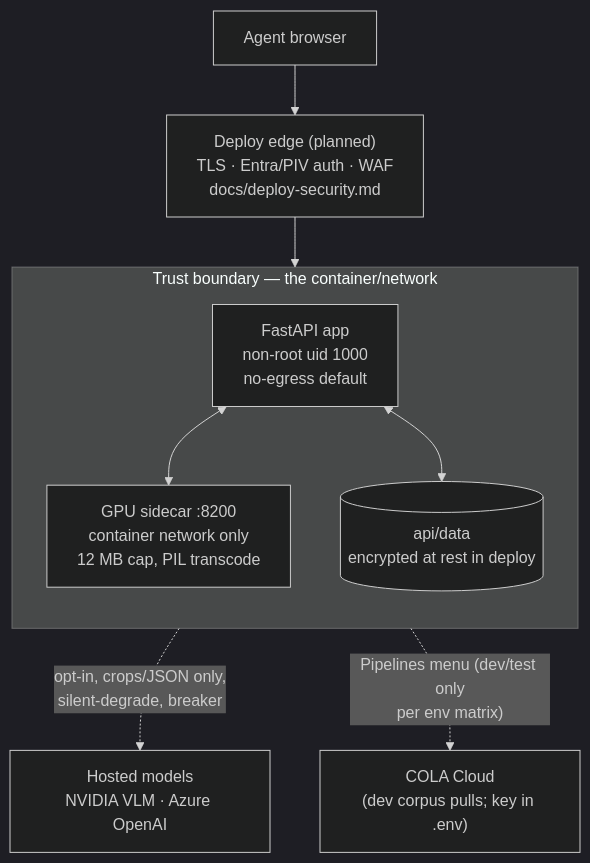
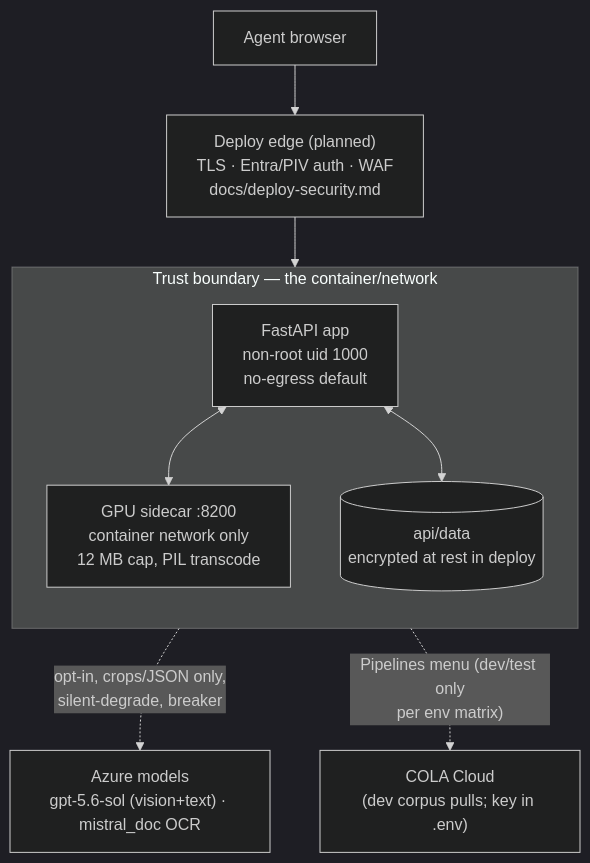
The third of 3 diagrams in docs/architecture.md (niccolox/ttb-take-hown), drawn with Mermaid (dark theme) before and after one commit. The commit also changed other lines of this file, not shown here.

First line of the commit message:
Architecture doc: Sol vision layer, mm second read, text-reasoning tier

````diff
--- a/docs/architecture.md
+++ b/docs/architecture.md
@@ -121,20 +138,20 @@
 ```mermaid
 flowchart TB
     subgraph Trust["Trust boundary — the container/network"]
         direction TB
         APP["FastAPI app<br/>non-root uid 1000<br/>no-egress default"]
         SIDE["GPU sidecar :8200<br/>container network only<br/>12 MB cap, PIL transcode"]
         DATA[("api/data<br/>encrypted at rest in deploy")]
         APP <--> SIDE
         APP <--> DATA
     end
 
     EDGE["Deploy edge (planned)<br/>TLS · Entra/PIV auth · WAF<br/>docs/deploy-security.md"]
     BROWSER["Agent browser"]
     COLA2["COLA Cloud<br/>(dev corpus pulls; key in .env)"]
-    HOSTED["Hosted models<br/>NVIDIA VLM · Azure OpenAI"]
+    HOSTED["Azure models<br/>gpt-5.6-sol (vision+text) · mistral_doc OCR"]
 
     BROWSER --> EDGE --> APP
     APP -.->|"opt-in, crops/JSON only,<br/>silent-degrade, breaker"| HOSTED
     APP -.->|"Pipelines menu (dev/test only<br/>per env matrix)"| COLA2
 ```
````
